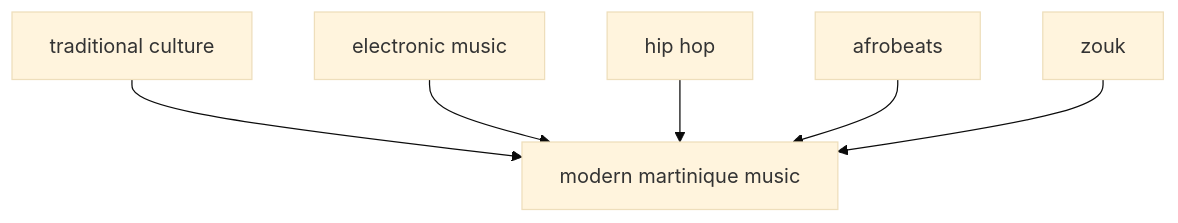
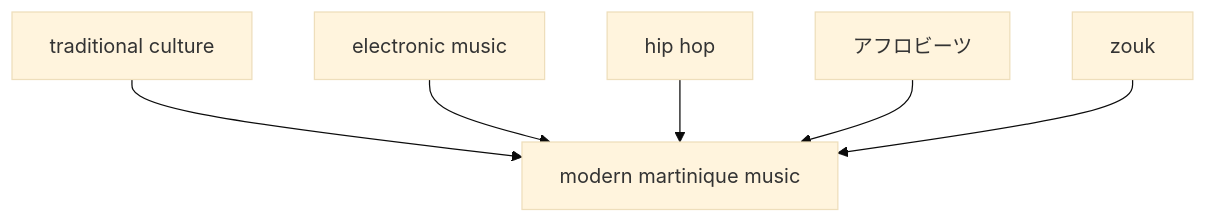
One commit to monumental-movement/monumental-movement.github.io changed the tenth of 11 diagrams in en/_posts/2026-05-16-column-martinique.md. Above: the diagram before and after it, drawn with Mermaid (base theme). The commit also changed other lines of this file and 445 other files, not shown here.

```diff
--- a/en/_posts/2026-05-16-column-martinique.md
+++ b/en/_posts/2026-05-16-column-martinique.md
@@ -407,13 +407,13 @@
 <div class="mermaid">
 graph TD
 A[traditional culture]
 B[electronic music]
 C[hip hop]
-D[afrobeats]
+D[アフロビーツ]
 E[zouk]
 A --> F[modern martinique music]
 B --> F
 C --> F
 D --> F
 E --> F
 </div>
```
